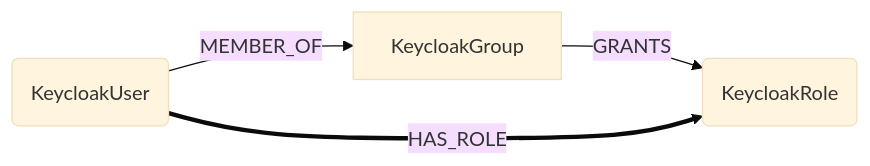
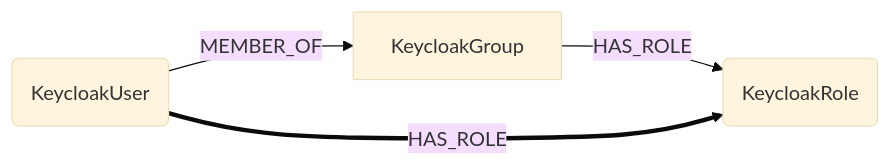
One commit to sec-js/cartography changed the second of 5 diagrams in docs/root/modules/keycloak/analysis.md. Above: the diagram before and after it, drawn with Mermaid (base theme). The commit also changed other lines of this file and 40 other files, not shown here.

Commit message:
feat(ontology): canonical MEMBER_OF / HAS_ROLE(group) / INCLUDES / ENCRYPTED_BY / USES_SECRET edges (#2889)

````diff
--- a/docs/root/modules/keycloak/analysis.md
+++ b/docs/root/modules/keycloak/analysis.md
@@ -44,6 +44,6 @@
 ```mermaid
 graph LR
     U(KeycloakUser) -- MEMBER_OF --> G[KeycloakGroup]
-    G -- GRANTS --> R(KeycloakRole)
+    G -- HAS_ROLE --> R(KeycloakRole)
     U == HAS_ROLE ==> R
 ```
````
